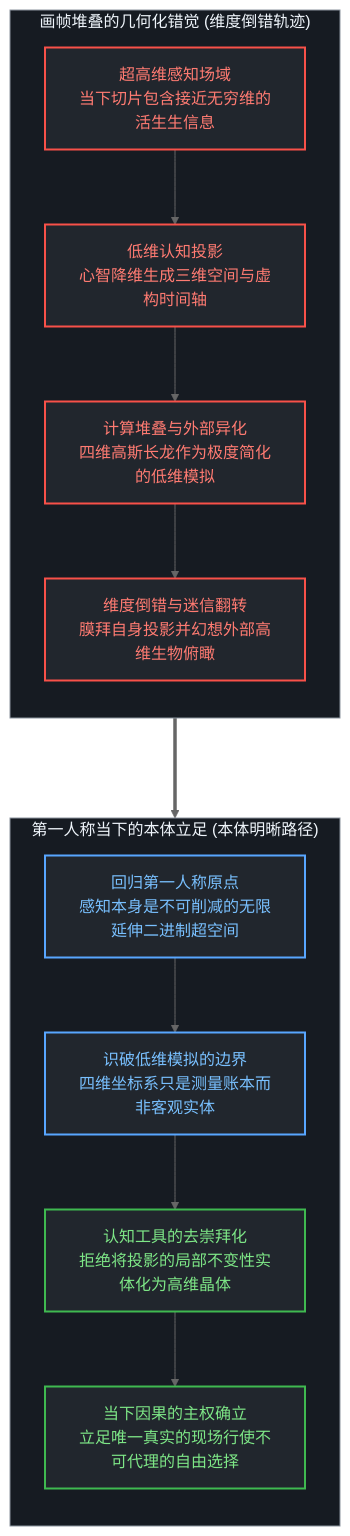
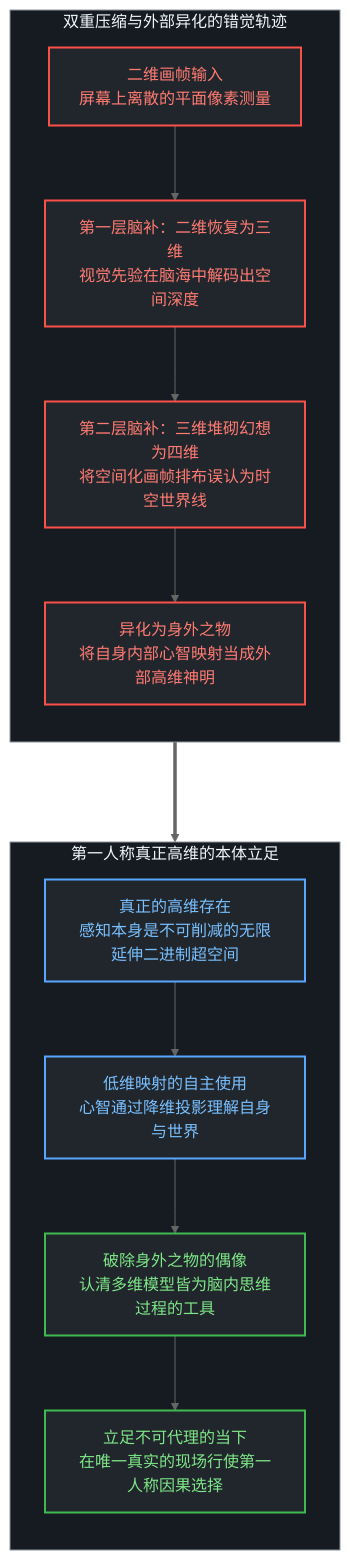
One commit to powerpig99/not-a-toe changed the first of 4 diagrams in content/posts/the-myth-of-the-four-dimensional-deer-and-the-present-model.md. Above: the diagram before and after it, drawn with Mermaid (neutral theme). The commit also changed other lines of this file and 3 other files, not shown here.

````diff
--- a/content/posts/the-myth-of-the-four-dimensional-deer-and-the-present-model.md
+++ b/content/posts/the-myth-of-the-four-dimensional-deer-and-the-present-model.md
@@ -17,29 +17,29 @@
 ```mermaid
 graph TD
     classDef default fill:#0d1117,stroke:#30363d,stroke-width:1px,color:#c9d1d9;
     classDef canvas fill:#161b22,stroke:#8b949e,stroke-width:1px,color:#f0f6fc;
     classDef errNode fill:#21262d,stroke:#f85149,stroke-width:2px,color:#ff7b72;
     classDef actNode fill:#21262d,stroke:#58a6ff,stroke-width:2px,color:#79c0ff;
     classDef resNode fill:#21262d,stroke:#3fb950,stroke-width:2px,color:#7ee787;
 
-    subgraph ErrorTrack ["画帧堆叠的几何化错觉 (维度倒错轨迹)"]
+    subgraph ErrorTrack ["双重压缩与外部异化的错觉轨迹"]
         direction TB
-        E1["超高维感知场域<br/>当下切片包含接近无穷维的活生生信息"] --> E2["低维认知投影<br/>心智降维生成三维空间与虚构时间轴"]
-        E2 --> E3["计算堆叠与外部异化<br/>四维高斯长龙作为极度简化的低维模拟"]
-        E3 --> E4["维度倒错与迷信翻转<br/>膜拜自身投影并幻想外部高维生物俯瞰"]
+        E1["二维画帧输入<br/>屏幕上离散的平面像素测量"] --> E2["第一层脑补：二维恢复为三维<br/>视觉先验在脑海中解码出空间深度"]
+        E2 --> E3["第二层脑补：三维堆砌幻想为四维<br/>将空间化画帧排布误认为时空世界线"]
+        E3 --> E4["异化为身外之物<br/>将自身内部心智映射当成外部高维神明"]
     end
 
     ErrorTrack ===> RealityTrack
 
-    subgraph RealityTrack ["第一人称当下的本体立足 (本体明晰路径)"]
+    subgraph RealityTrack ["第一人称真正高维的本体立足"]
         direction TB
-        R1["回归第一人称原点<br/>感知本身是不可削减的无限延伸二进制超空间"] --> R2["识破低维模拟的边界<br/>四维坐标系只是测量账本而非客观实体"]
-        R2 --> R3["认知工具的去崇拜化<br/>拒绝将投影的局部不变性实体化为高维晶体"]
-        R3 --> R4["当下因果的主权确立<br/>立足唯一真实的现场行使不可代理的自由选择"]
+        R1["真正的高维存在<br/>感知本身是不可削减的无限延伸二进制超空间"] --> R2["低维映射的自主使用<br/>心智通过降维投影理解自身与世界"]
+        R2 --> R3["破除身外之物的偶像<br/>认清多维模型皆为脑内思维过程的工具"]
+        R3 --> R4["立足不可代理的当下<br/>在唯一真实的现场行使第一人称因果选择"]
     end
 
     class ErrorTrack,RealityTrack canvas;
     class E1,E2,E3,E4 errNode;
     class R1,R2 actNode;
     class R3,R4 resNode;
 ```
````
